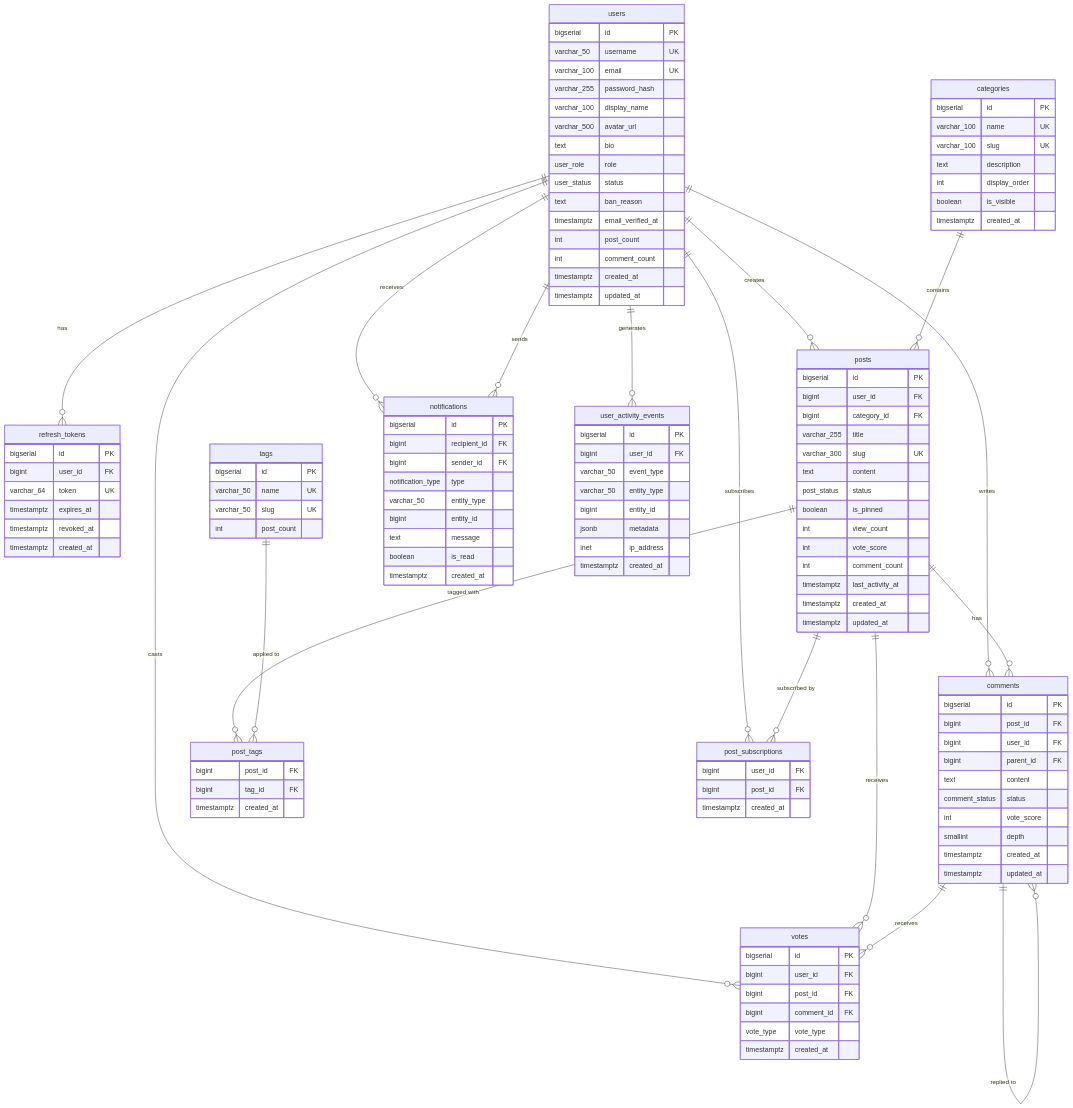
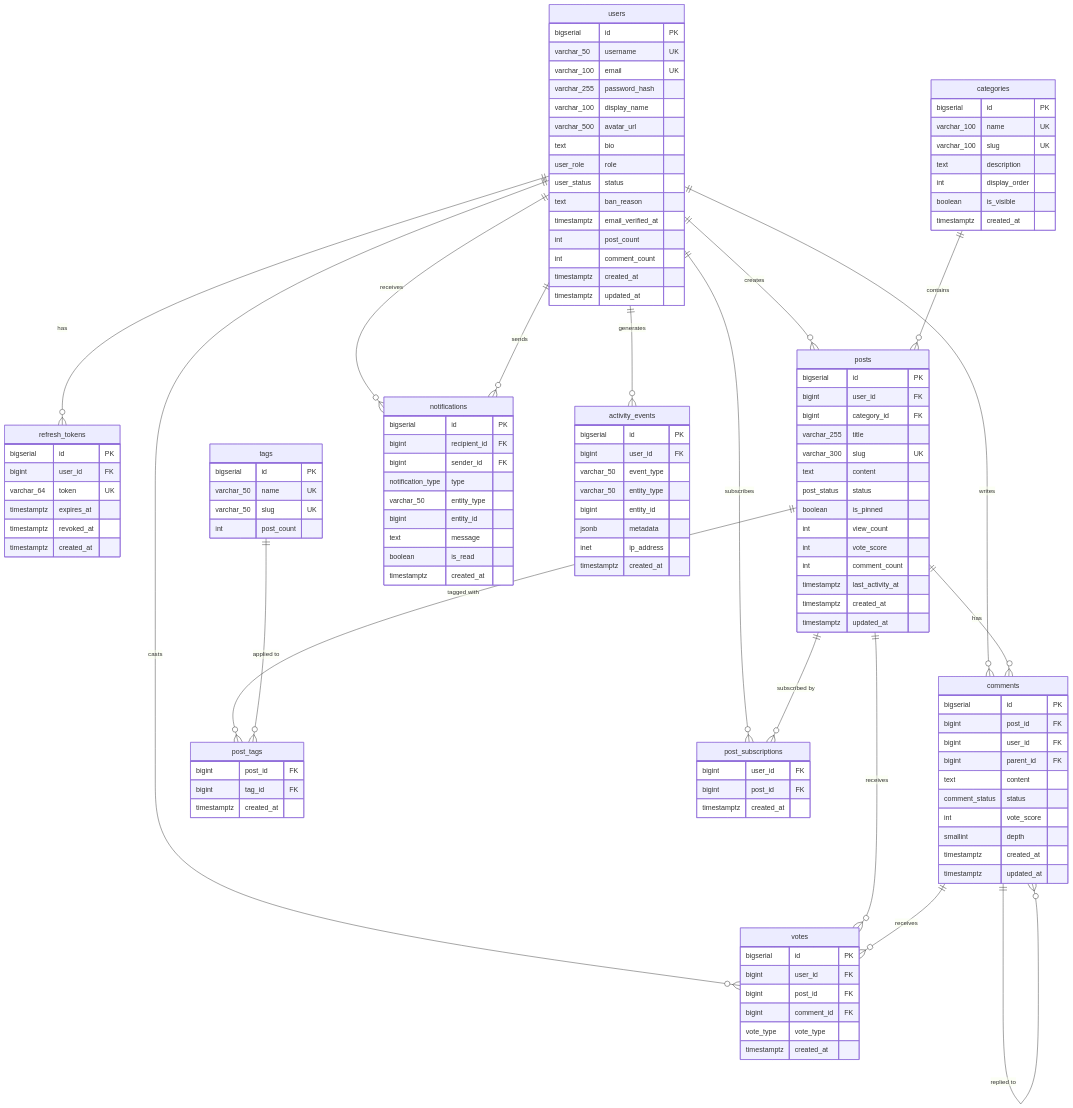
Before and after one commit to Project-Wdrozeniowy/Project-Wdrozeniowy: the diagram in docs/db-schema.mmd, drawn with Mermaid. The commit also changed 4 other files, not shown here.

Commit message:
rename: user_activity_events -> activity_events

```diff
--- a/docs/db-schema.mmd
+++ b/docs/db-schema.mmd
@@ -1,135 +1,135 @@
 erDiagram
     users {
         bigserial id PK
         varchar_50 username UK
         varchar_100 email UK
         varchar_255 password_hash
         varchar_100 display_name
         varchar_500 avatar_url
         text bio
         user_role role
         user_status status
         text ban_reason
         timestamptz email_verified_at
         int post_count
         int comment_count
         timestamptz created_at
         timestamptz updated_at
     }
 
     refresh_tokens {
         bigserial id PK
         bigint user_id FK
         varchar_64 token UK
         timestamptz expires_at
         timestamptz revoked_at
         timestamptz created_at
     }
 
     categories {
         bigserial id PK
         varchar_100 name UK
         varchar_100 slug UK
         text description
         int display_order
         boolean is_visible
         timestamptz created_at
     }
 
     posts {
         bigserial id PK
         bigint user_id FK
         bigint category_id FK
         varchar_255 title
         varchar_300 slug UK
         text content
         post_status status
         boolean is_pinned
         int view_count
         int vote_score
         int comment_count
         timestamptz last_activity_at
         timestamptz created_at
         timestamptz updated_at
     }
 
     comments {
         bigserial id PK
         bigint post_id FK
         bigint user_id FK
         bigint parent_id FK
         text content
         comment_status status
         int vote_score
         smallint depth
         timestamptz created_at
         timestamptz updated_at
     }
 
     tags {
         bigserial id PK
         varchar_50 name UK
         varchar_50 slug UK
         int post_count
     }
 
     post_tags {
         bigint post_id FK
         bigint tag_id FK
         timestamptz created_at
     }
 
     votes {
         bigserial id PK
         bigint user_id FK
         bigint post_id FK
         bigint comment_id FK
         vote_type vote_type
         timestamptz created_at
     }
 
     notifications {
         bigserial id PK
         bigint recipient_id FK
         bigint sender_id FK
         notification_type type
         varchar_50 entity_type
         bigint entity_id
         text message
         boolean is_read
         timestamptz created_at
     }
 
     post_subscriptions {
         bigint user_id FK
         bigint post_id FK
         timestamptz created_at
     }
 
-    user_activity_events {
+    activity_events {
         bigserial id PK
         bigint user_id FK
         varchar_50 event_type
         varchar_50 entity_type
         bigint entity_id
         jsonb metadata
         inet ip_address
         timestamptz created_at
     }
 
     users ||--o{ refresh_tokens : "has"
     users ||--o{ posts : "creates"
     users ||--o{ comments : "writes"
     users ||--o{ votes : "casts"
     users ||--o{ notifications : "receives"
     users ||--o{ notifications : "sends"
     users ||--o{ post_subscriptions : "subscribes"
-    users ||--o{ user_activity_events : "generates"
+    users ||--o{ activity_events : "generates"
     categories ||--o{ posts : "contains"
     posts ||--o{ comments : "has"
     posts ||--o{ post_tags : "tagged with"
     posts ||--o{ votes : "receives"
     posts ||--o{ post_subscriptions : "subscribed by"
     tags ||--o{ post_tags : "applied to"
     comments ||--o{ comments : "replied to"
     comments ||--o{ votes : "receives"
```
